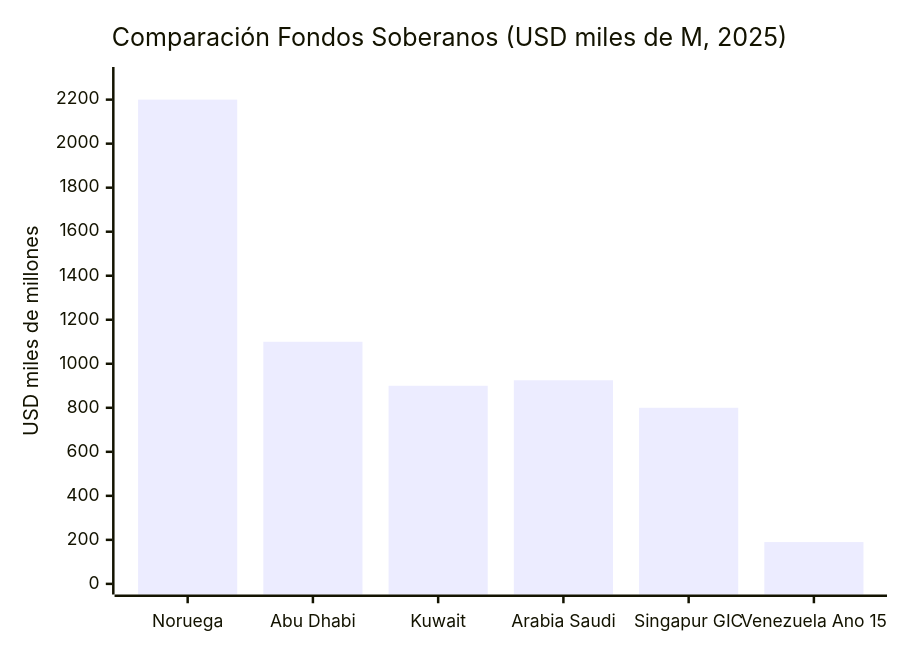
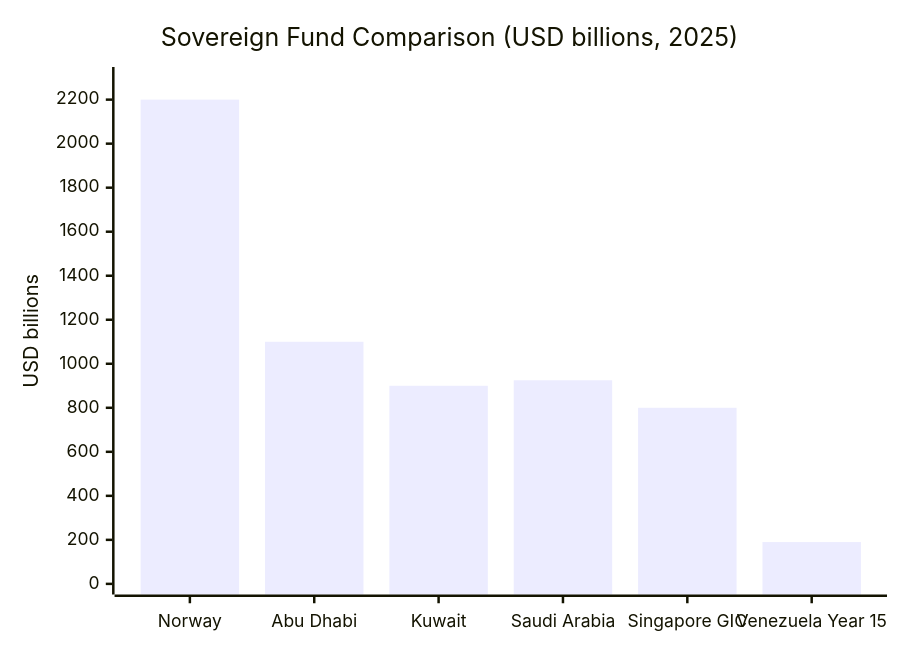
The second of 5 diagrams in i18n/en/docusaurus-plugin-content-docs/current/02-motor-financiero/fondo-soberano.md (Venezuela-S-A/venezuela-sa), drawn with Mermaid before and after one commit. The commit also changed other lines of this file and 127 other files, not shown here.

````diff
--- a/i18n/en/docusaurus-plugin-content-docs/current/02-motor-financiero/fondo-soberano.md
+++ b/i18n/en/docusaurus-plugin-content-docs/current/02-motor-financiero/fondo-soberano.md
@@ -28,7 +28,7 @@
 ```mermaid
 xychart-beta
-    title "Comparación Fondos Soberanos (USD miles de M, 2025)"
-    x-axis ["Noruega", "Abu Dhabi", "Kuwait", "Arabia Saudi", "Singapur GIC", "Venezuela Ano 15"]
-    y-axis "USD miles de millones" 0 --> 2300
+    title "Sovereign Fund Comparison (USD billions, 2025)"
+    x-axis ["Norway", "Abu Dhabi", "Kuwait", "Saudi Arabia", "Singapore GIC", "Venezuela Year 15"]
+    y-axis "USD billions" 0 --> 2300
     bar [2200, 1100, 900, 925, 800, 190]
 ```
````
